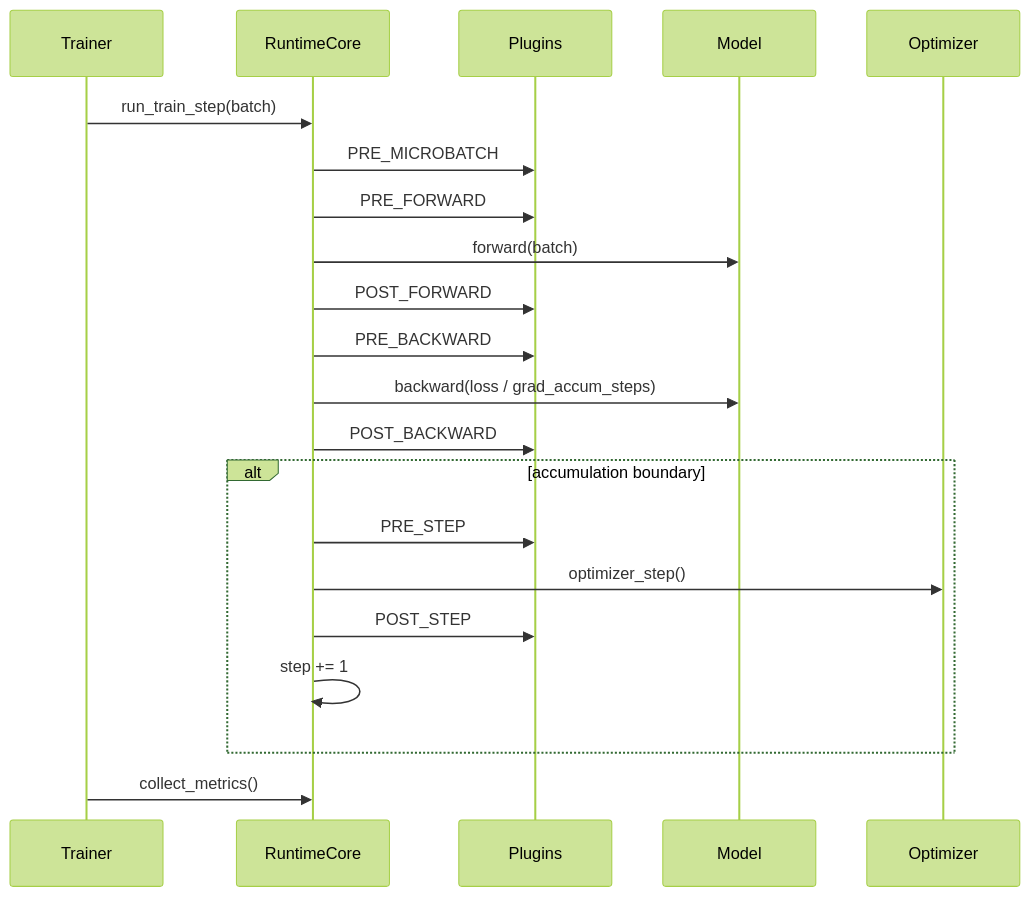
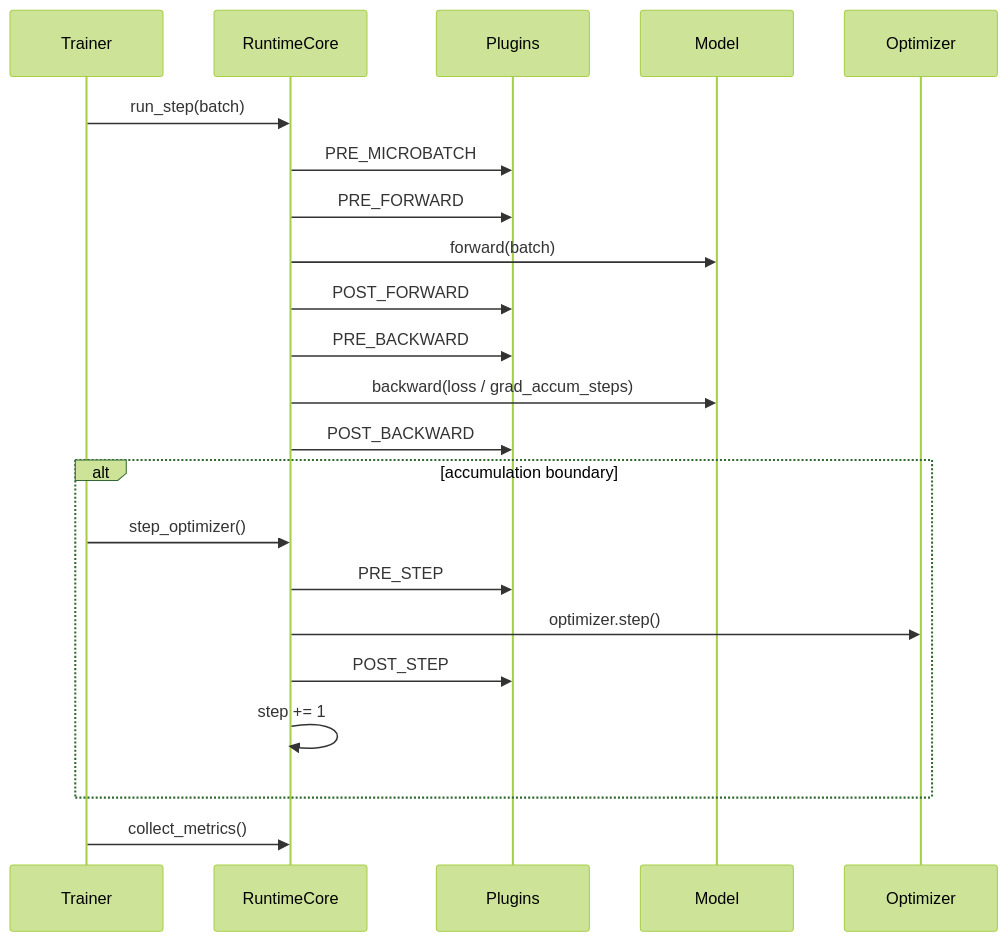
One commit to xing7code/maltos changed the second of 2 diagrams in README.md. Above: the diagram before and after it, drawn with Mermaid (forest theme). The commit also changed other lines of this file and 28 other files, not shown here.

````diff
--- a/README.md
+++ b/README.md
@@ -95,24 +115,25 @@
 ```mermaid
 sequenceDiagram
     participant T as Trainer
     participant R as RuntimeCore
     participant P as Plugins
     participant M as Model
     participant O as Optimizer
 
-    T->>R: run_train_step(batch)
+    T->>R: run_step(batch)
     R->>P: PRE_MICROBATCH
     R->>P: PRE_FORWARD
     R->>M: forward(batch)
     R->>P: POST_FORWARD
     R->>P: PRE_BACKWARD
     R->>M: backward(loss / grad_accum_steps)
     R->>P: POST_BACKWARD
     alt accumulation boundary
+        T->>R: step_optimizer()
         R->>P: PRE_STEP
-        R->>O: optimizer_step()
+        R->>O: optimizer.step()
         R->>P: POST_STEP
         R->>R: step += 1
     end
     T->>R: collect_metrics()
 ```
````
